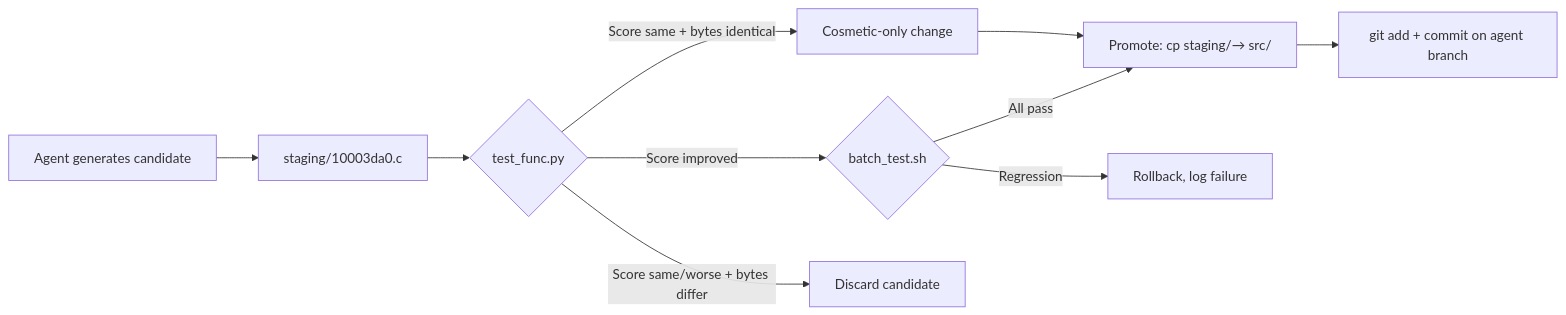
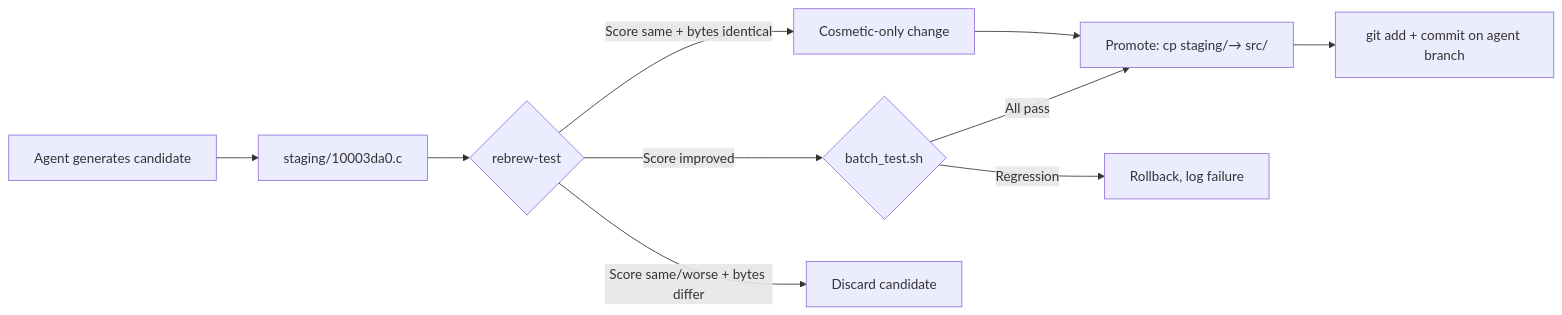
Before and after one commit to maci0/rebrew: the fourth of 6 diagrams in docs/AGENT_PRD.md, drawn with Mermaid. The commit also changed other lines of this file and 77 other files, not shown here.

````diff
--- a/docs/AGENT_PRD.md
+++ b/docs/AGENT_PRD.md
@@ -285,15 +285,15 @@
 ```mermaid
 graph LR
     A[Agent generates candidate] --> B["staging/10003da0.c"]
-    B --> C{test_func.py}
+    B --> C{rebrew-test}
 
     C -->|Score improved| D{batch_test.sh}
     C -->|Score same + bytes identical| D2[Cosmetic-only change]
     C -->|Score same/worse + bytes differ| E[Discard candidate]
 
     D -->|All pass| F["Promote: cp staging/→ src/"]
     D -->|Regression| G[Rollback, log failure]
     D2 --> F
 
     F --> H[git add + commit on agent branch]
 ```
````
